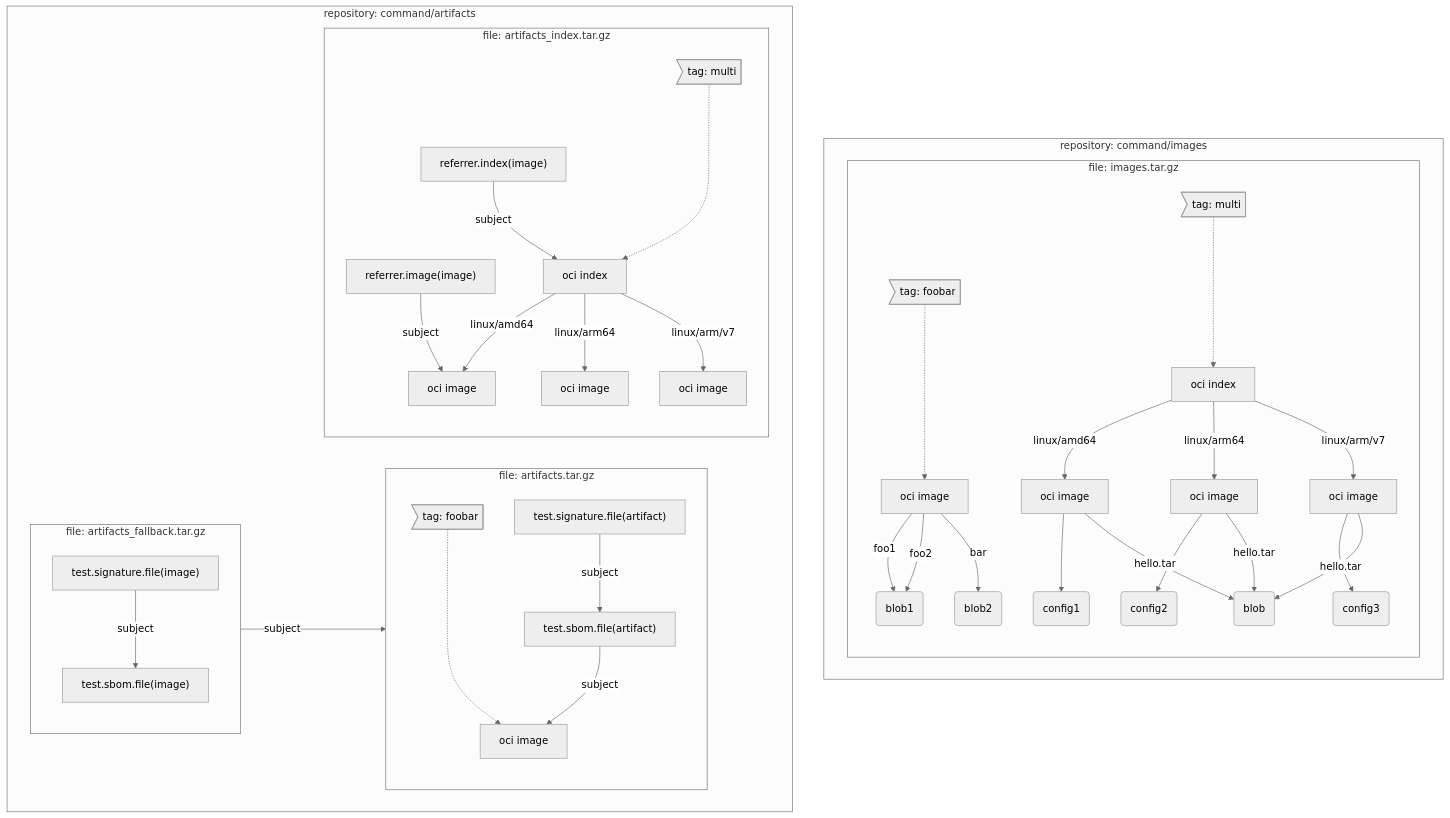
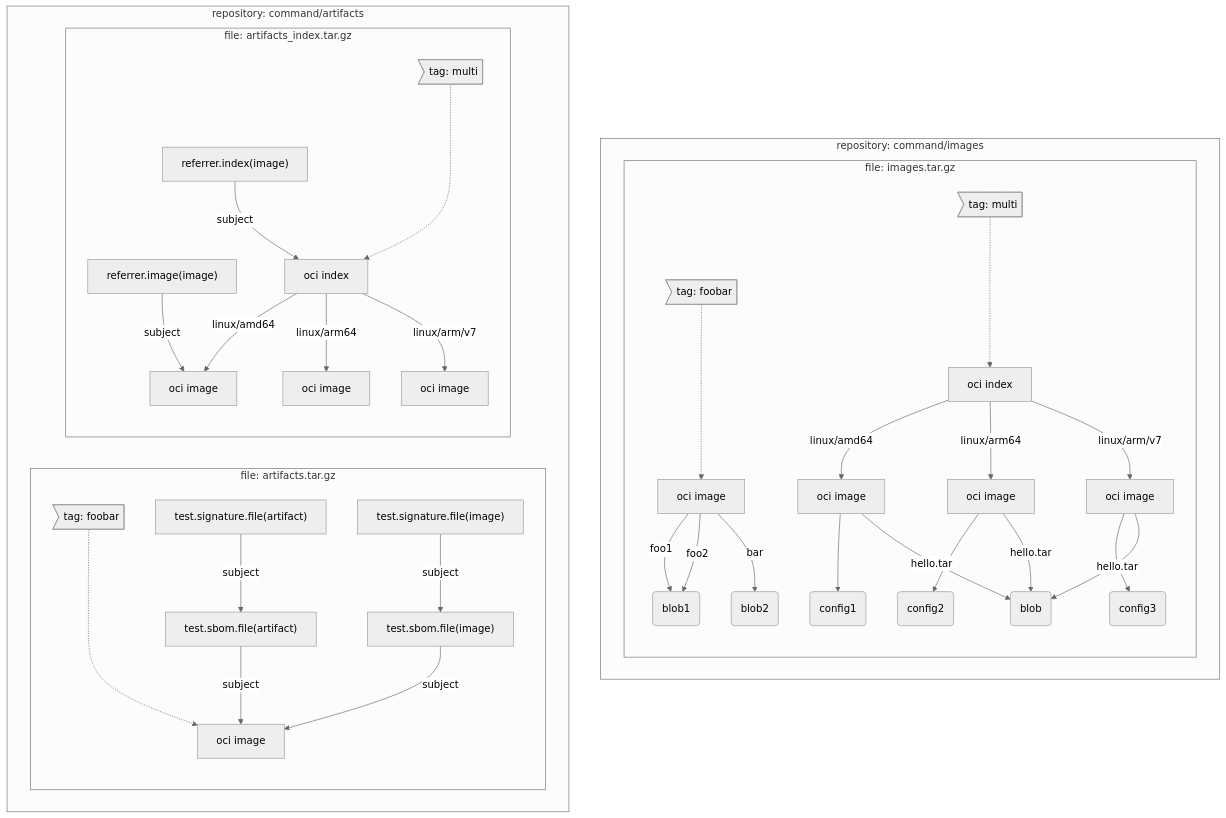
Before and after one commit to oras-project/oras: the first of 2 diagrams in test/e2e/README.md, drawn with Mermaid (neutral theme). The commit also changed 11 other files, not shown here.

````diff
--- a/test/e2e/README.md
+++ b/test/e2e/README.md
@@ -84,48 +84,46 @@
 ```mermaid
 graph TD;
     subgraph "repository: command/images"
         subgraph "file: images.tar.gz"
             direction TB
             A0>tag: multi]-..->A1[oci index]
             A1--linux/amd64-->A2[oci image]
             A1--linux/arm64-->A3[oci image]
             A1--linux/arm/v7-->A4[oci image]
             A2-->A5(config1)
             A3-->A6(config2)
             A4-->A7(config3)
             A2-- hello.tar -->A8(blob)
             A3-- hello.tar -->A8(blob)
             A4-- hello.tar -->A8(blob)
 
             B0>tag: foobar]-..->B1[oci image]
             B1-- foo1 -->B2(blob1)
             B1-- foo2 -->B2(blob1)
             B1-- bar -->B3(blob2)
         end
     end
     
     subgraph "repository: command/artifacts"
         subgraph "file: artifacts.tar.gz"
             direction TB
             C0>tag: foobar]-..->C1[oci image]
             
             direction TB
             E1["test.sbom.file(artifact)"] -- subject --> C1
             E2["test.signature.file(artifact)"] -- subject --> E1
-        end
-        subgraph "file: artifacts_fallback.tar.gz"
             direction TB
             D1["test.sbom.file(image)"] -- subject --> C1
             D2["test.signature.file(image)"] -- subject --> D1
         end
         subgraph "file: artifacts_index.tar.gz"
             direction TB
             F0>tag: multi]-..->F1[oci index]
             F1--linux/amd64-->F2[oci image]
             F1--linux/arm64-->F3[oci image]
             F1--linux/arm/v7-->F4[oci image]
             G1["referrer.index(image)"] -- subject --> F1
             G2["referrer.image(image)"] -- subject --> F2
         end
     end
 ```
````
